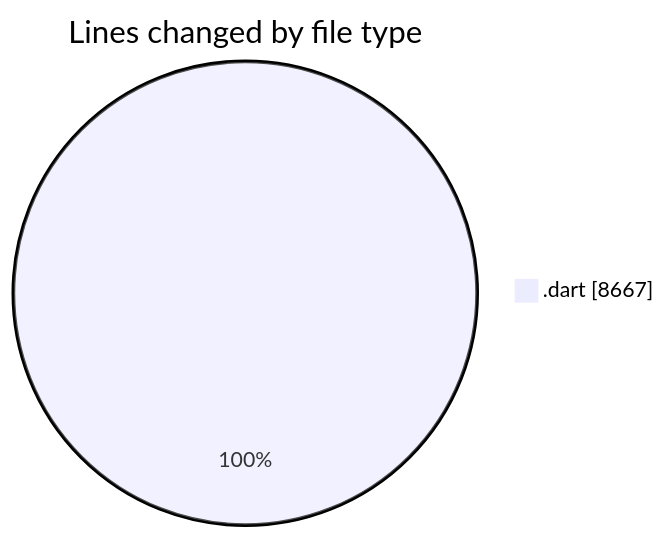
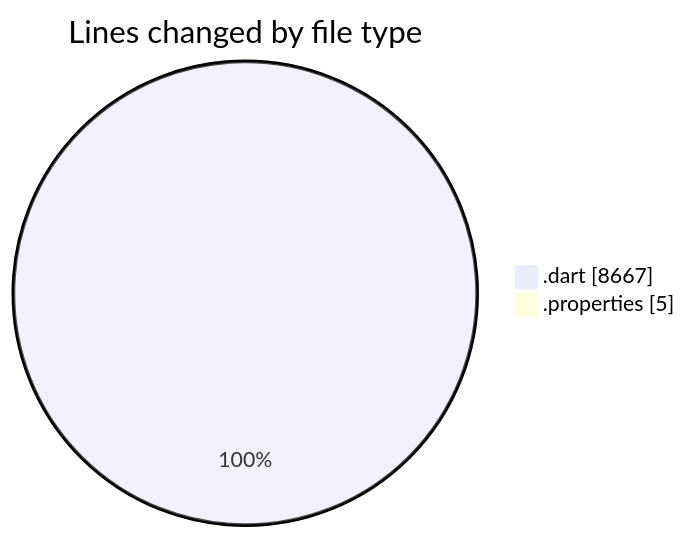
One commit to lephambinh05/code-tracking changed the first of 2 diagrams in 2025-08-25/studybuddy/README.md. Above: the diagram before and after it, drawn with Mermaid. The commit also changed other lines of this file and 1 other file, not shown here.

````diff
--- a/2025-08-25/studybuddy/README.md
+++ b/2025-08-25/studybuddy/README.md
@@ -42,5 +43,6 @@
 ```mermaid
 pie showData
 title Lines changed by file type
 ".dart" : 8667
+".properties" : 5
 ```
````
